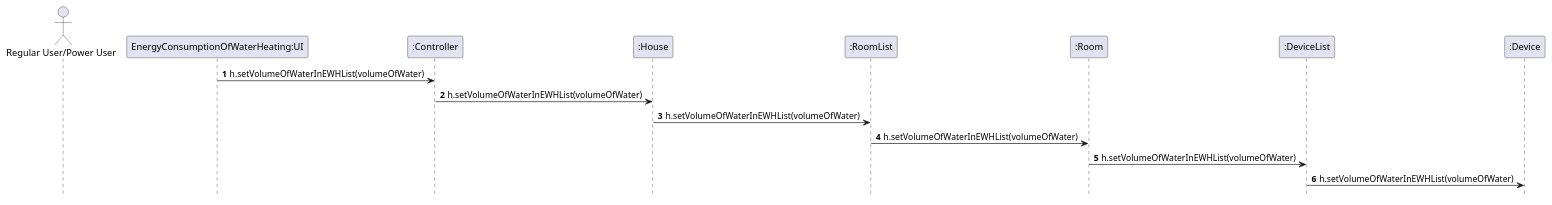
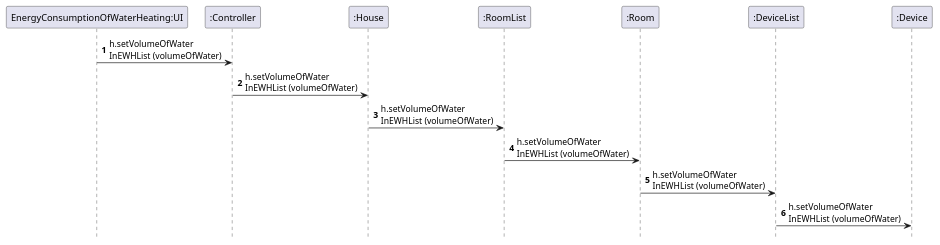
The diagram in src/main/java/smarthome/uml/sequencediagrams/EnergyConsumptionOfWaterHeatingRef2.puml (emanuel-pereira/hou), drawn with PlantUML before and after one commit. The commit also changed 8 other files, not shown here.

Commit message:
Correction of EditDevice Sequence Diagram

```diff
--- a/src/main/java/smarthome/uml/sequencediagrams/EnergyConsumptionOfWaterHeatingRef2.puml
+++ b/src/main/java/smarthome/uml/sequencediagrams/EnergyConsumptionOfWaterHeatingRef2.puml
@@ -1,14 +1,12 @@
 @startuml
 autonumber
 hidefootbox
 
-actor "Regular User/Power User"
-
-"EnergyConsumptionOfWaterHeating:UI" -> ":Controller": h.setVolumeOfWaterInEWHList(volumeOfWater)
-":Controller" -> ":House": h.setVolumeOfWaterInEWHList(volumeOfWater)
-":House"->":RoomList": h.setVolumeOfWaterInEWHList(volumeOfWater)
-":RoomList" -> ":Room": h.setVolumeOfWaterInEWHList(volumeOfWater)
-":Room" -> ":DeviceList": h.setVolumeOfWaterInEWHList(volumeOfWater)
-":DeviceList" -> ":Device": h.setVolumeOfWaterInEWHList(volumeOfWater)
+"EnergyConsumptionOfWaterHeating:UI" -> ":Controller": h.setVolumeOfWater\nInEWHList (volumeOfWater)
+":Controller" -> ":House": h.setVolumeOfWater\nInEWHList (volumeOfWater)
+":House"->":RoomList": h.setVolumeOfWater\nInEWHList (volumeOfWater)
+":RoomList" -> ":Room": h.setVolumeOfWater\nInEWHList (volumeOfWater)
+":Room" -> ":DeviceList": h.setVolumeOfWater\nInEWHList (volumeOfWater)
+":DeviceList" -> ":Device": h.setVolumeOfWater\nInEWHList (volumeOfWater)
 
 @enduml
```
